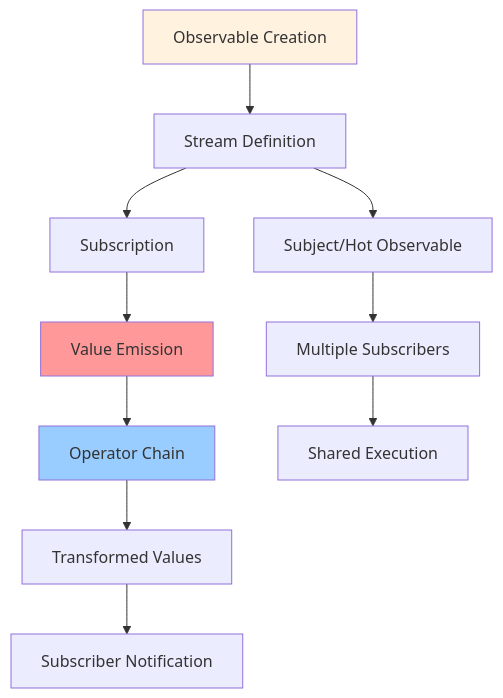
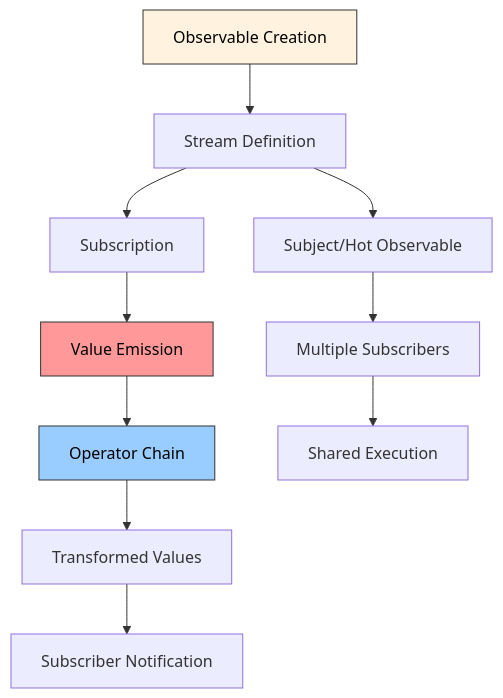
The ninth of 18 diagrams in README.md (sujeet-pro/reactivity), drawn with Mermaid before and after one commit. The commit also changed other lines of this file and 4 other files, not shown here.

````diff
--- a/README.md
+++ b/README.md
@@ -426,17 +458,17 @@
 ```mermaid
 graph TD
     A[Observable Creation] --> B[Stream Definition]
     B --> C[Subscription]
     C --> D[Value Emission]
     D --> E[Operator Chain]
     E --> F[Transformed Values]
     F --> G[Subscriber Notification]
     
     B --> H[Subject/Hot Observable]
     H --> I[Multiple Subscribers]
     I --> J[Shared Execution]
     
-    style A fill:#fff3e0
-    style D fill:#ff9999
-    style E fill:#99ccff
+    style A fill:#fff3e0,stroke:#333,color:#000
+    style D fill:#ff9999,stroke:#333,color:#000
+    style E fill:#99ccff,stroke:#333,color:#000
 ```
````
